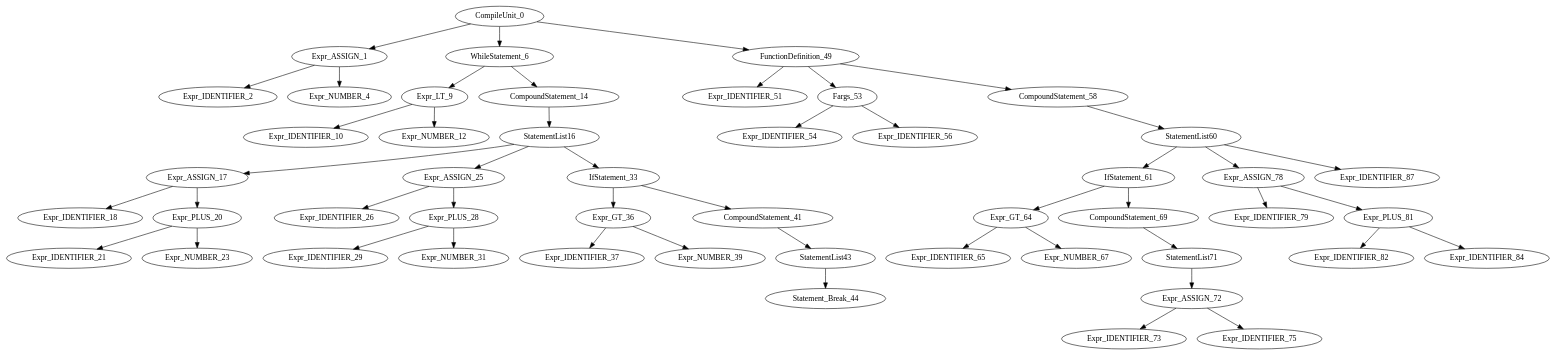
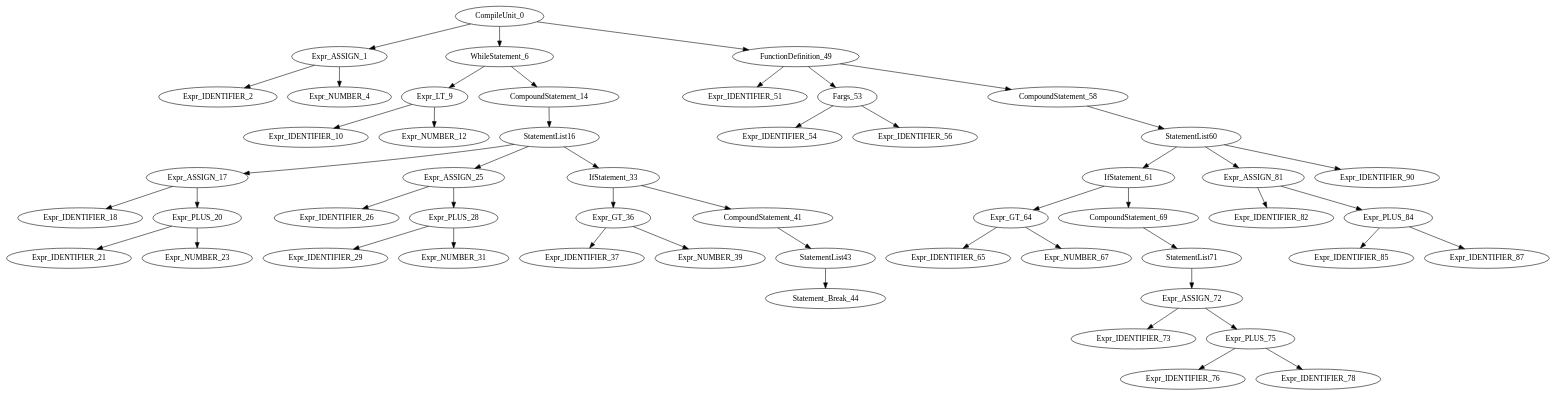
One commit to dhmhgreCompilersII/MINIC2C changed the diagram in MINIC2C/TestBench/test.dot. Above: the diagram before and after it, drawn with Graphviz. The commit also changed 9 other files, not shown here.

```diff
--- a/MINIC2C/TestBench/test.dot
+++ b/MINIC2C/TestBench/test.dot
@@ -1,50 +1,52 @@
 digraph G{
 "CompileUnit_0"->"Expr_ASSIGN_1";
 "Expr_ASSIGN_1"->"Expr_IDENTIFIER_2";
 "Expr_ASSIGN_1"->"Expr_NUMBER_4";
 "CompileUnit_0"->"WhileStatement_6";
 "WhileStatement_6"->"Expr_LT_9";
 "Expr_LT_9"->"Expr_IDENTIFIER_10";
 "Expr_LT_9"->"Expr_NUMBER_12";
 "WhileStatement_6"->"CompoundStatement_14";
 "CompoundStatement_14"->"StatementList16";
 "StatementList16"->"Expr_ASSIGN_17";
 "Expr_ASSIGN_17"->"Expr_IDENTIFIER_18";
 "Expr_ASSIGN_17"->"Expr_PLUS_20";
 "Expr_PLUS_20"->"Expr_IDENTIFIER_21";
 "Expr_PLUS_20"->"Expr_NUMBER_23";
 "StatementList16"->"Expr_ASSIGN_25";
 "Expr_ASSIGN_25"->"Expr_IDENTIFIER_26";
 "Expr_ASSIGN_25"->"Expr_PLUS_28";
 "Expr_PLUS_28"->"Expr_IDENTIFIER_29";
 "Expr_PLUS_28"->"Expr_NUMBER_31";
 "StatementList16"->"IfStatement_33";
 "IfStatement_33"->"Expr_GT_36";
 "Expr_GT_36"->"Expr_IDENTIFIER_37";
 "Expr_GT_36"->"Expr_NUMBER_39";
 "IfStatement_33"->"CompoundStatement_41";
 "CompoundStatement_41"->"StatementList43";
 "StatementList43"->"Statement_Break_44";
 "CompileUnit_0"->"FunctionDefinition_49";
 "FunctionDefinition_49"->"Expr_IDENTIFIER_51";
 "FunctionDefinition_49"->"Fargs_53";
 "Fargs_53"->"Expr_IDENTIFIER_54";
 "Fargs_53"->"Expr_IDENTIFIER_56";
 "FunctionDefinition_49"->"CompoundStatement_58";
 "CompoundStatement_58"->"StatementList60";
 "StatementList60"->"IfStatement_61";
 "IfStatement_61"->"Expr_GT_64";
 "Expr_GT_64"->"Expr_IDENTIFIER_65";
 "Expr_GT_64"->"Expr_NUMBER_67";
 "IfStatement_61"->"CompoundStatement_69";
 "CompoundStatement_69"->"StatementList71";
 "StatementList71"->"Expr_ASSIGN_72";
 "Expr_ASSIGN_72"->"Expr_IDENTIFIER_73";
-"Expr_ASSIGN_72"->"Expr_IDENTIFIER_75";
-"StatementList60"->"Expr_ASSIGN_78";
-"Expr_ASSIGN_78"->"Expr_IDENTIFIER_79";
-"Expr_ASSIGN_78"->"Expr_PLUS_81";
-"Expr_PLUS_81"->"Expr_IDENTIFIER_82";
-"Expr_PLUS_81"->"Expr_IDENTIFIER_84";
-"StatementList60"->"Expr_IDENTIFIER_87";
+"Expr_ASSIGN_72"->"Expr_PLUS_75";
+"Expr_PLUS_75"->"Expr_IDENTIFIER_76";
+"Expr_PLUS_75"->"Expr_IDENTIFIER_78";
+"StatementList60"->"Expr_ASSIGN_81";
+"Expr_ASSIGN_81"->"Expr_IDENTIFIER_82";
+"Expr_ASSIGN_81"->"Expr_PLUS_84";
+"Expr_PLUS_84"->"Expr_IDENTIFIER_85";
+"Expr_PLUS_84"->"Expr_IDENTIFIER_87";
+"StatementList60"->"Expr_IDENTIFIER_90";
 }
```
